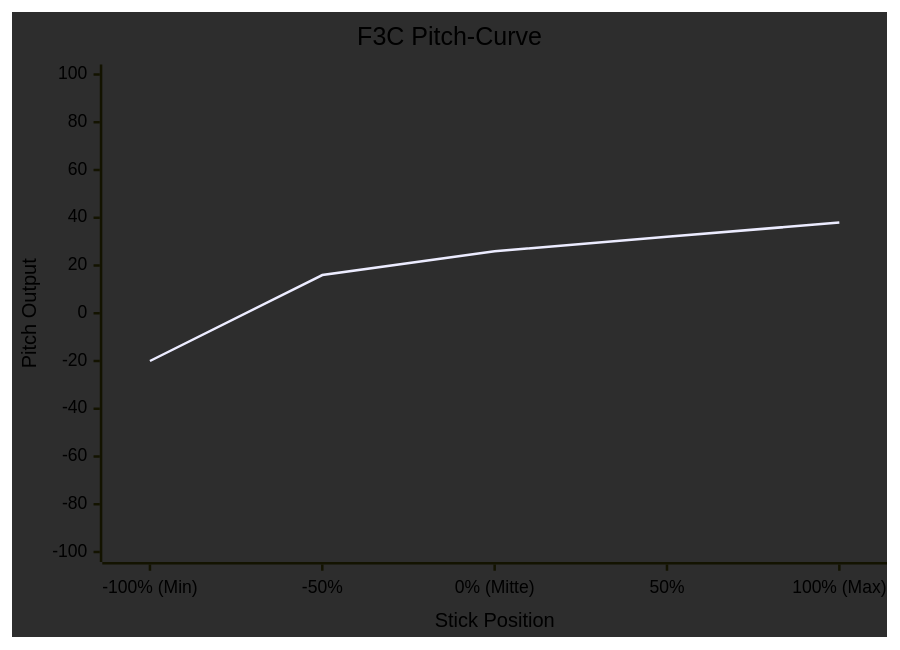
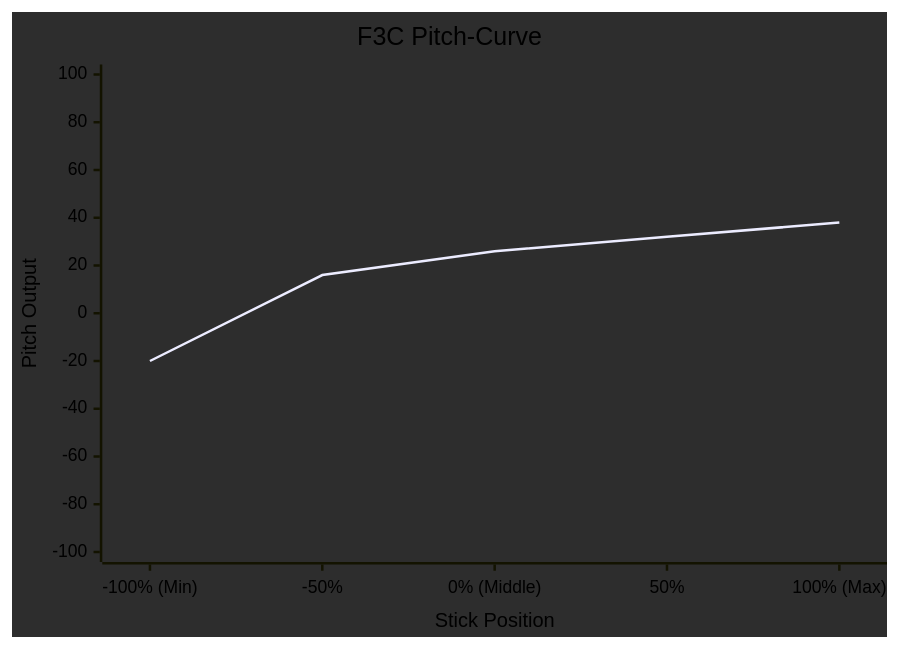
The third of 3 diagrams in README.md (heliflieger/EdgeTX-Rotorflight-Telemetry), drawn with Mermaid before and after one commit. The commit also changed other lines of this file, not shown here.

Commit message:
Add Channel 9 for backup logic to the documentation and update the axis labels in the diagram.

````diff
--- a/README.md
+++ b/README.md
@@ -179,20 +212,20 @@
 ```mermaid
 ---
 config:
     theme: base
     themeVariables:
         xyChart:
             backgroundColor: "#2d2d2d"
             titleColor: "#000000"
             xAxisLabelColor: "#000000"
             xAxisTitleColor: "#000000"
             yAxisLabelColor: "#000000"
             yAxisTitleColor: "#000000"
             lineColor: "#ff0000"
 ---
 xychart-beta
     title "F3C Pitch-Curve"
-    x-axis "Stick Position" ["-100% (Min)", "-50%", "0% (Mitte)", "50%", "100% (Max)"]
+    x-axis "Stick Position" ["-100% (Min)", "-50%", "0% (Middle)", "50%", "100% (Max)"]
     y-axis "Pitch Output" -100 --> 100
     line [-20, 16, 26, 32, 38]
 ```
````
